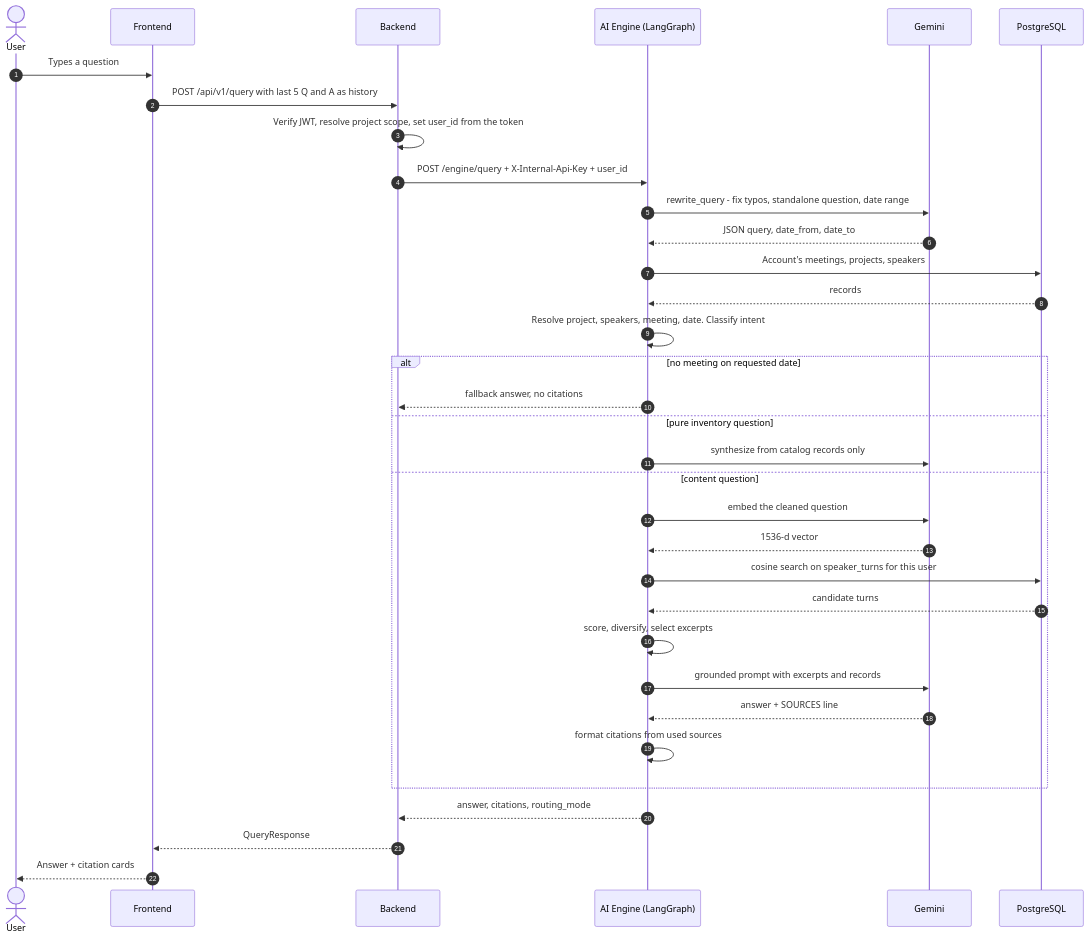
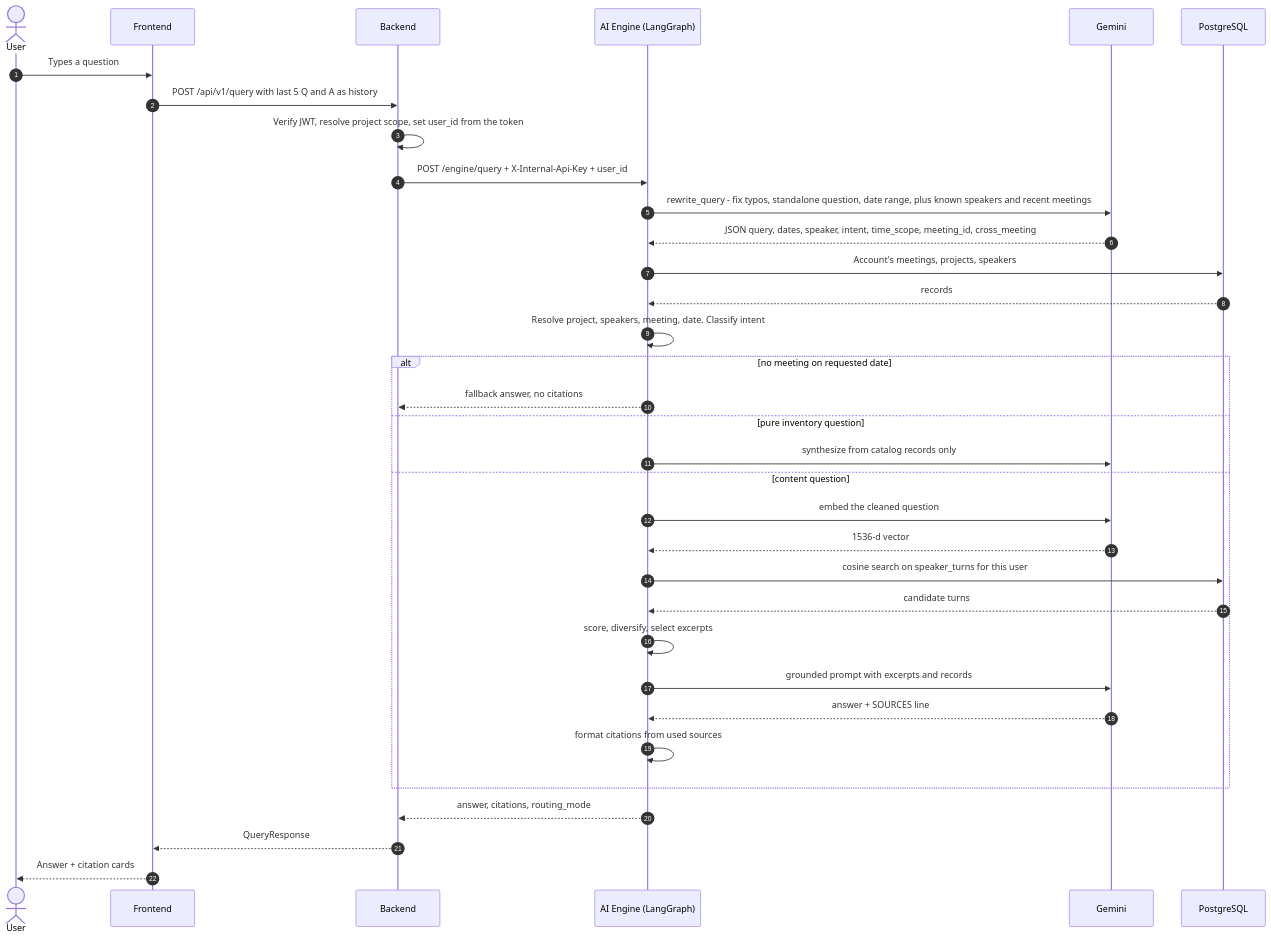
Before and after one commit to akshit-mahajan26/Meeting-Transcription: the fifth of 6 diagrams in docs/architecture_notion.md, drawn with Mermaid. The commit also changed other lines of this file, not shown here.

Commit message:
[UPDATE]Architecture Notion file

````diff
--- a/docs/architecture_notion.md
+++ b/docs/architecture_notion.md
@@ -253,37 +253,37 @@
 ```mermaid
 sequenceDiagram
     autonumber
     actor U as User
     participant FE as Frontend
     participant BE as Backend
     participant EN as AI Engine (LangGraph)
     participant GM as Gemini
     participant DB as PostgreSQL
 
     U->>FE: Types a question
     FE->>BE: POST /api/v1/query with last 5 Q and A as history
     BE->>BE: Verify JWT, resolve project scope, set user_id from the token
     BE->>EN: POST /engine/query + X-Internal-Api-Key + user_id
-    EN->>GM: rewrite_query - fix typos, standalone question, date range
-    GM-->>EN: JSON query, date_from, date_to
+    EN->>GM: rewrite_query - fix typos, standalone question, date range, plus known speakers and recent meetings
+    GM-->>EN: JSON query, dates, speaker, intent, time_scope, meeting_id, cross_meeting
     EN->>DB: Account's meetings, projects, speakers
     DB-->>EN: records
     EN->>EN: Resolve project, speakers, meeting, date. Classify intent
     alt no meeting on requested date
         EN-->>BE: fallback answer, no citations
     else pure inventory question
         EN->>GM: synthesize from catalog records only
     else content question
         EN->>GM: embed the cleaned question
         GM-->>EN: 1536-d vector
         EN->>DB: cosine search on speaker_turns for this user
         DB-->>EN: candidate turns
         EN->>EN: score, diversify, select excerpts
         EN->>GM: grounded prompt with excerpts and records
         GM-->>EN: answer + SOURCES line
         EN->>EN: format citations from used sources
     end
     EN-->>BE: answer, citations, routing_mode
     BE-->>FE: QueryResponse
     FE-->>U: Answer + citation cards
 ```
````
